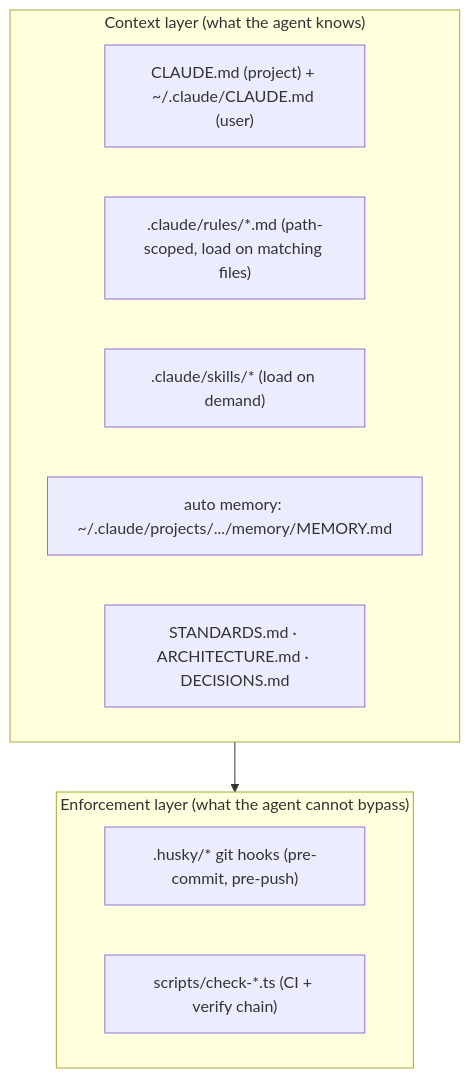
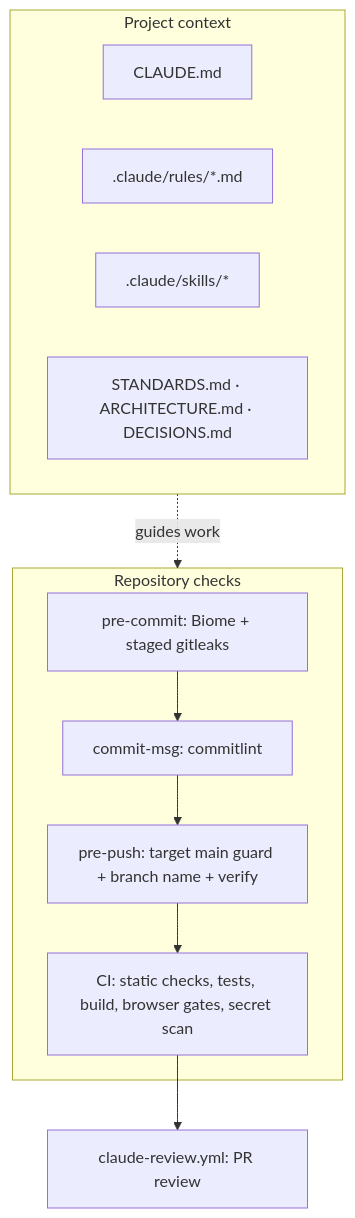
Before and after one commit to erikunha/portfolio: the diagram in docs/06-ai-development.md, drawn with Mermaid. The commit also changed other lines of this file and 14 other files, not shown here.

First line of the commit message:
docs(architecture): redraw diagrams for the terminal-module homepage

````diff
--- a/docs/06-ai-development.md
+++ b/docs/06-ai-development.md
@@ -7,15 +7,19 @@
 ```mermaid
 flowchart TB
-    subgraph ctx["Context layer (what the agent knows)"]
-        cl["CLAUDE.md (project) + ~/.claude/CLAUDE.md (user)"]
-        rules[".claude/rules/*.md (path-scoped, load on matching files)"]
-        skills[".claude/skills/* (load on demand)"]
-        mem["auto memory: ~/.claude/projects/.../memory/MEMORY.md"]
+    subgraph ctx["Project context"]
+        cl["CLAUDE.md"]
+        rules[".claude/rules/*.md"]
+        skills[".claude/skills/*"]
         docs["STANDARDS.md · ARCHITECTURE.md · DECISIONS.md"]
     end
-    subgraph enf["Enforcement layer (what the agent cannot bypass)"]
-        husky[".husky/* git hooks (pre-commit, pre-push)"]
-        gates["scripts/check-*.ts (CI + verify chain)"]
+    subgraph checks["Repository checks"]
+        commit["pre-commit: Biome + staged gitleaks"]
+        msg["commit-msg: commitlint"]
+        push["pre-push: target main guard + branch name + verify"]
+        ci["CI: static checks, tests, build, browser gates, secret scan"]
     end
-    ctx --> enf
+    ctx -. guides work .-> checks
+    commit --> msg
+    msg --> push --> ci
+    ci --> review["claude-review.yml: PR review"]
 ```
````
